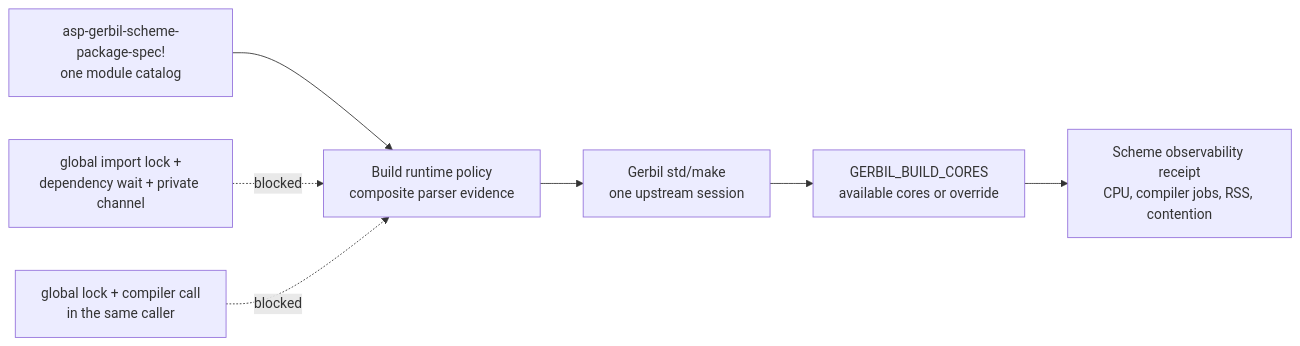
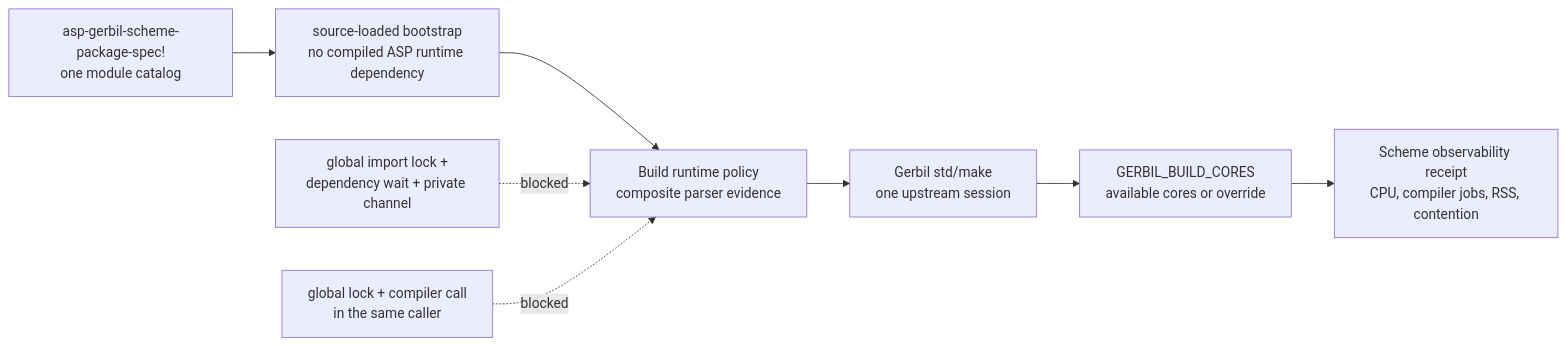
Before and after one commit to tao3k/asp-gerbil-scheme: the first of 2 diagrams in docs/30-39-building/31.08-build-graph-performance-policy.org, drawn with Mermaid. The commit also changed other lines of this file and 3 other files, not shown here.

Commit message:
preserve source-loaded build graph bootstrap

```diff
--- a/docs/30-39-building/31.08-build-graph-performance-policy.org
+++ b/docs/30-39-building/31.08-build-graph-performance-policy.org
@@ -15,14 +15,15 @@
 #+begin_src mermaid
 flowchart LR
   Spec["asp-gerbil-scheme-package-spec!\none module catalog"]
+  Bootstrap["source-loaded bootstrap\nno compiled ASP runtime dependency"]
   Admission["Build runtime policy\ncomposite parser evidence"]
   Make["Gerbil std/make\none upstream session"]
   Workers["GERBIL_BUILD_CORES\navailable cores or override"]
   Receipt["Scheme observability receipt\nCPU, compiler jobs, RSS, contention"]
 
-  Spec --> Admission --> Make --> Workers --> Receipt
+  Spec --> Bootstrap --> Admission --> Make --> Workers --> Receipt
   Shadow["global import lock +\ndependency wait + private channel"]
   LockedCompile["global lock + compiler call\nin the same caller"]
   Shadow -. "blocked" .-> Admission
   LockedCompile -. "blocked" .-> Admission
 #+end_src
```
